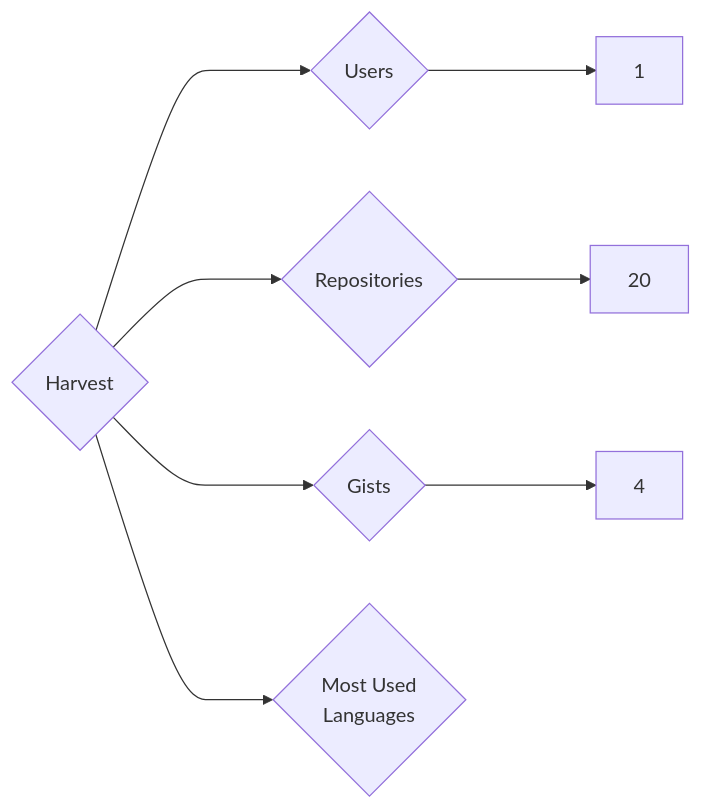
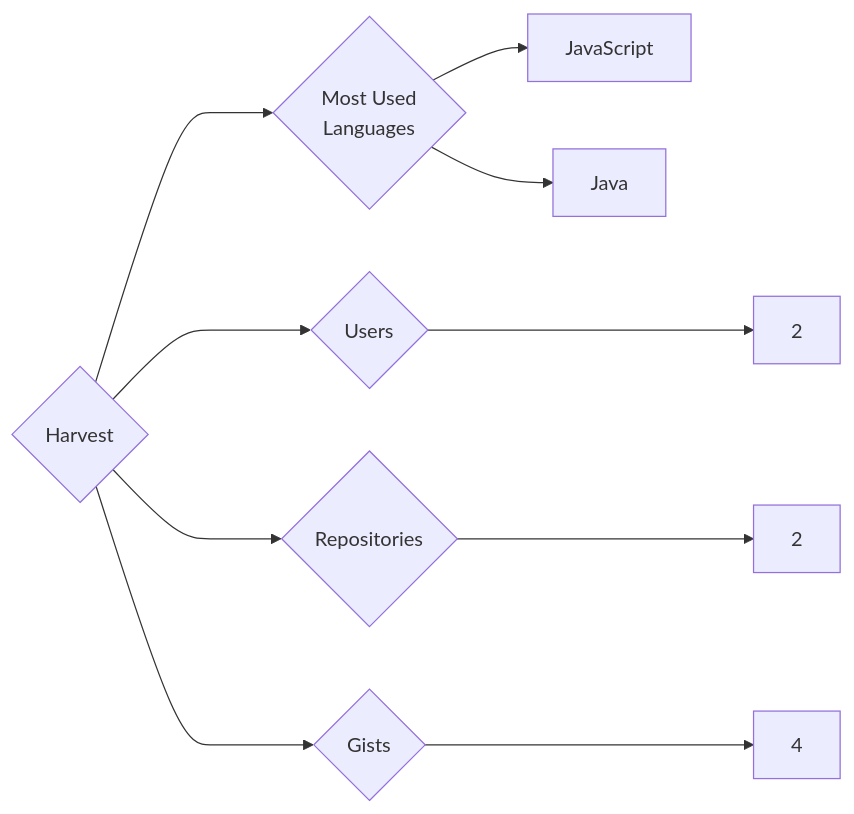
One commit to trickest/insiders changed the diagram in targets/Harvest/README.md. Above: the diagram before and after it, drawn with Mermaid. The commit also changed 1020 other files, not shown here.

````diff
--- a/targets/Harvest/README.md
+++ b/targets/Harvest/README.md
@@ -3,8 +3,10 @@
 ```mermaid
 graph LR
 COMPANY_NAME{Harvest}
-COMPANY_NAME ---> U{Users} ---> UN[1]
-COMPANY_NAME ---> R{Repositories} ---> RN[20]
+COMPANY_NAME ---> U{Users} ---> UN[2]
+COMPANY_NAME ---> R{Repositories} ---> RN[2]
 COMPANY_NAME ---> G{Gists} ---> GN[4]
 COMPANY_NAME ---> ML{Most Used<br>Languages}
+ML --> JavaScript[JavaScript]
+ML --> Java[Java]
 ```
````
